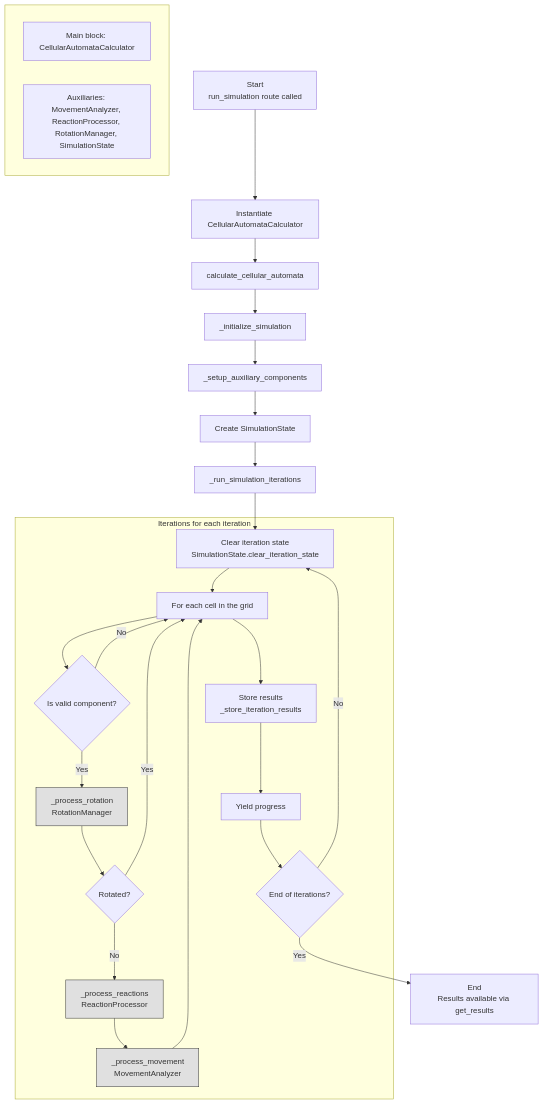
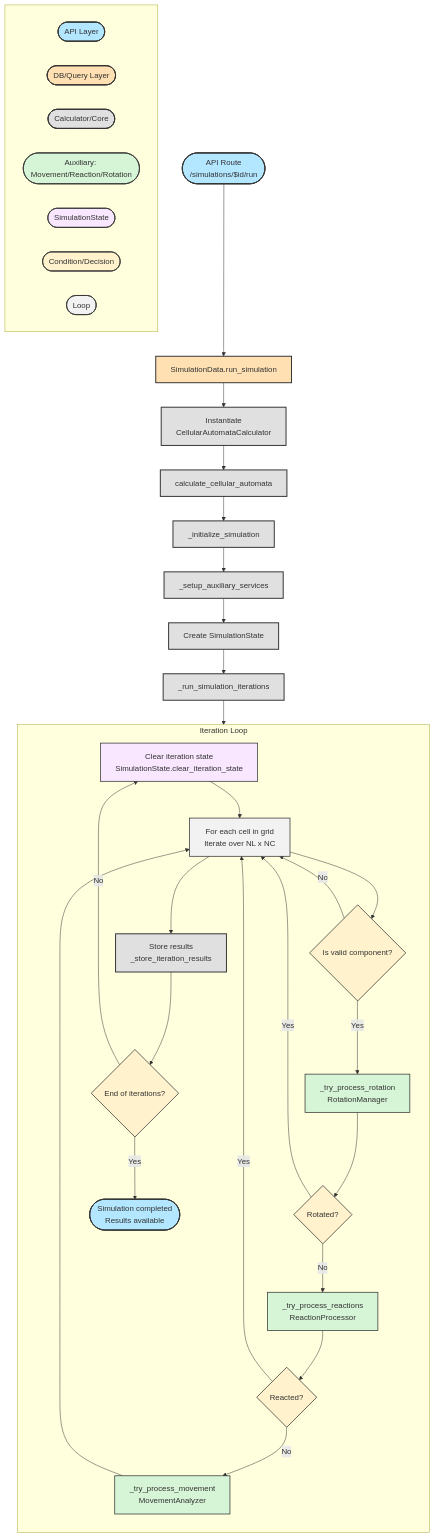
The diagram in flowchart3.md (Alexms95/cellular-automata-simulator-chem-eng), drawn with Mermaid before and after one commit. The commit also changed 3 other files, not shown here.

Commit message:
refactor: Update flowchart and method names for clarity and consistency

````diff
--- a/flowchart3.md
+++ b/flowchart3.md
@@ -3,51 +3,56 @@
 ```mermaid
-flowchart TD
-    A[Start<br>run_simulation route called] --> B[Instantiate CellularAutomataCalculator]
-    B --> C[calculate_cellular_automata]
-    C --> D[_initialize_simulation]
-    D --> E[_setup_auxiliary_components]
-    E --> F[Create SimulationState]
-    F --> G[_run_simulation_iterations]
+flowchart TB
+    %% Entry point
+    A([API Route<br>/simulations/$id/run]):::api --> B[SimulationData.run_simulation]:::query
+    B --> C[Instantiate<br>CellularAutomataCalculator]:::calc
+    C --> D[calculate_cellular_automata]:::calc
+    D --> E[_initialize_simulation]:::calc
+    E --> F[_setup_auxiliary_services]:::calc
+    F --> G[Create SimulationState]:::calc
+    G --> H[_run_simulation_iterations]:::calc
 
-    subgraph Iterations for each iteration
-        G1[Clear iteration state<br>SimulationState.clear_iteration_state]
-        G2[For each cell in the grid]
-        G3{Is valid component?}
-        G4[_process_rotation<br>RotationManager]
-        G5{Rotated?}
-        G6[_process_reactions<br>ReactionProcessor]
-        G7[_process_movement<br>MovementAnalyzer]
-        G8[Store results<br>_store_iteration_results]
-        G9{End of iterations?}
-        G10[Yield progress]
+    %% Iteration loop
+    subgraph Iteration Loop
+        direction TB
+        I1[Clear iteration state<br>SimulationState.clear_iteration_state]:::state
+        I2[For each cell in grid<br>Iterate over NL x NC]:::loop
+        I3{Is valid component?}:::cond -->|No| I2
+        I3 -->|Yes| I4[_try_process_rotation<br>RotationManager]:::aux
+        I4 --> I5{Rotated?}:::cond
+        I5 -->|Yes| I2
+        I5 -->|No| I6[_try_process_reactions<br>ReactionProcessor]:::aux
+        I6 --> I7{Reacted?}:::cond
+        I7 -->|Yes| I2
+        I7 -->|No| I8[_try_process_movement<br>MovementAnalyzer]:::aux
+        I2 --> I10[Store results<br>_store_iteration_results]:::calc
+        I10 --> I11{End of iterations?}:::cond
+        I11 -->|No| I1
+        I11 -->|Yes| J([Simulation completed<br>Results available]):::api
     end
 
-    G --> G1
-    G1 --> G2
-    G2 --> G3
-    G3 -- No --> G2
-    G3 -- Yes --> G4
-    G4 --> G5
-    G5 -- Yes --> G2
-    G5 -- No --> G6
-    G6 --> G7
-    G7 --> G2
-    G2 --> G8
-    G8 --> G10
-    G10 --> G9
-    G9 -- No --> G1
-    G9 -- Yes --> H[End<br>Results available via get_results]
+    H --> I1
+    I1 --> I2
+    I2 --> I3
+    I8 --> I2
 
-    %% Auxiliary classes
-    classDef aux fill:#e0e0e0,stroke:#333,stroke-width:1px;
-    G4:::aux
-    G6:::aux
-    G7:::aux
+    %% Visual cues for code structure
+    classDef api fill:#b3e6ff,stroke:#333,stroke-width:2px;
+    classDef query fill:#ffe0b3,stroke:#333,stroke-width:2px;
+    classDef calc fill:#e0e0e0,stroke:#333,stroke-width:2px;
+    classDef aux fill:#d6f5d6,stroke:#333,stroke-width:1.5px;
+    classDef state fill:#f9e6ff,stroke:#333,stroke-width:1.5px;
+    classDef cond fill:#fff2cc,stroke:#333,stroke-width:1.5px;
+    classDef loop fill:#f2f2f2,stroke:#333,stroke-width:1.5px;
 
     %% Legend
     subgraph Legend [ ]
         direction LR
-        L1[Main block: CellularAutomataCalculator]
-        L2[Auxiliaries: MovementAnalyzer, ReactionProcessor, RotationManager, SimulationState]
+        L1([API Layer]):::api
+        L2([DB/Query Layer]):::query
+        L3([Calculator/Core]):::calc
+        L4([Auxiliary: Movement/Reaction/Rotation]):::aux
+        L5([SimulationState]):::state
+        L6([Condition/Decision]):::cond
+        L7([Loop]):::loop
     end
 ```
````
